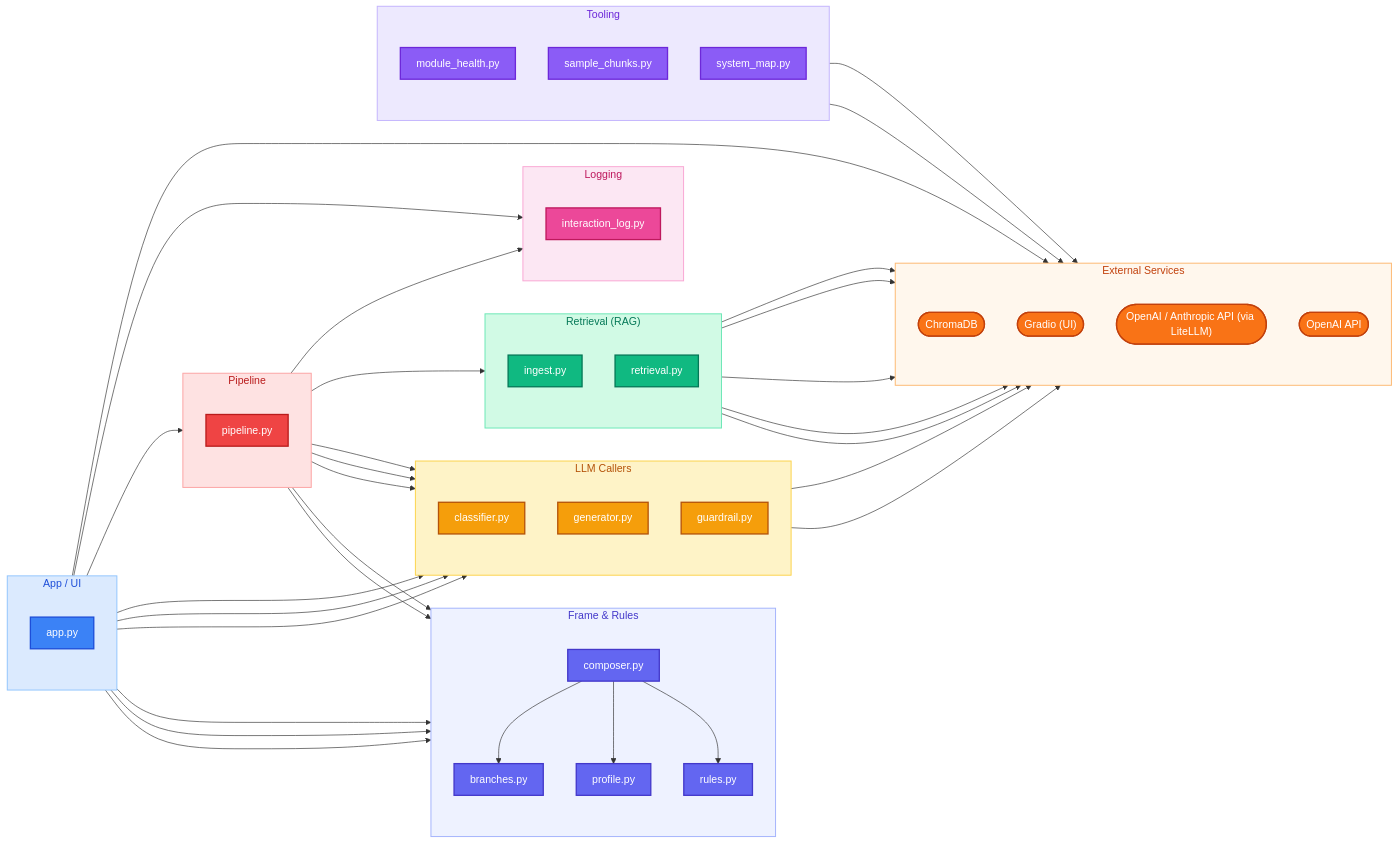
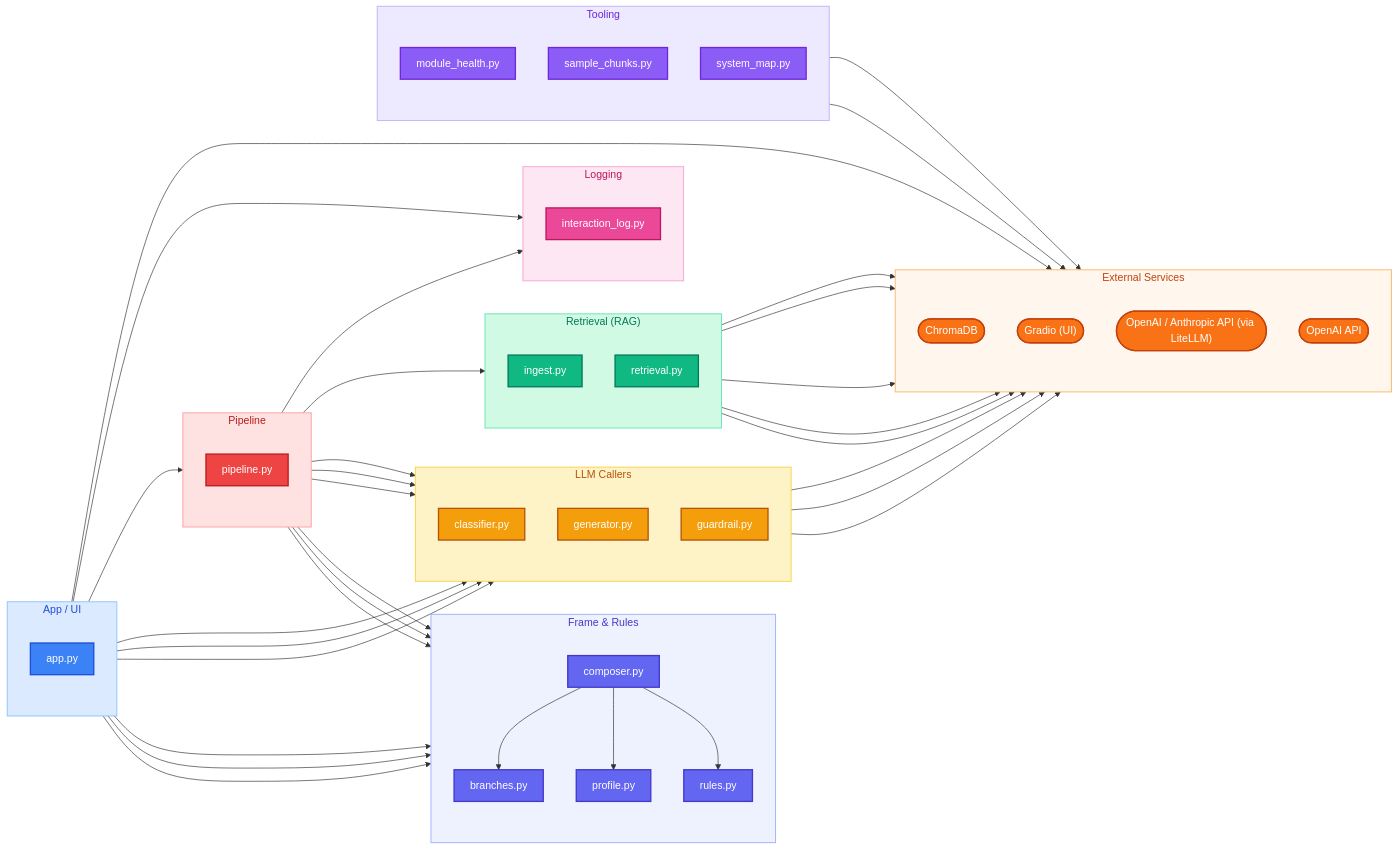
Before and after one commit to AlejandroFuentePinero/digital-twin: the diagram in docs/MAP.md, drawn with Mermaid. The commit also changed 12 other files, not shown here.

```diff
--- a/docs/MAP.md
+++ b/docs/MAP.md
@@ -89,7 +89,9 @@
   pipeline --> guardrail
   pipeline --> interaction_log
   pipeline --> retrieval
+  pipeline --> rules
   app --> ext_Gradio__UI_
+  classifier --> ext_OpenAI___Anthropic_API__via_LiteLLM_
   generator --> ext_OpenAI___Anthropic_API__via_LiteLLM_
   guardrail --> ext_OpenAI___Anthropic_API__via_LiteLLM_
   ingest --> ext_ChromaDB
```
